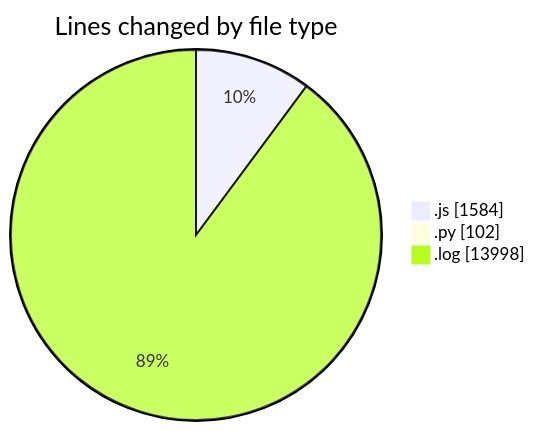
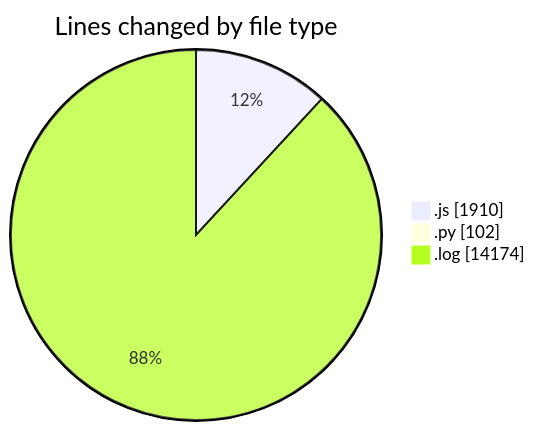
One commit to nxtqubesakshisongat/code-tracking changed the first of 2 diagrams in 2025-04-14/nxtqube_webapp/README.md. Above: the diagram before and after it, drawn with Mermaid. The commit also changed other lines of this file and 1 other file, not shown here.

````diff
--- a/2025-04-14/nxtqube_webapp/README.md
+++ b/2025-04-14/nxtqube_webapp/README.md
@@ -27,7 +28,7 @@
 ```mermaid
 pie showData
 title Lines changed by file type
-".js" : 1584
+".js" : 1910
 ".py" : 102
-".log" : 13998
+".log" : 14174
 ```
````
